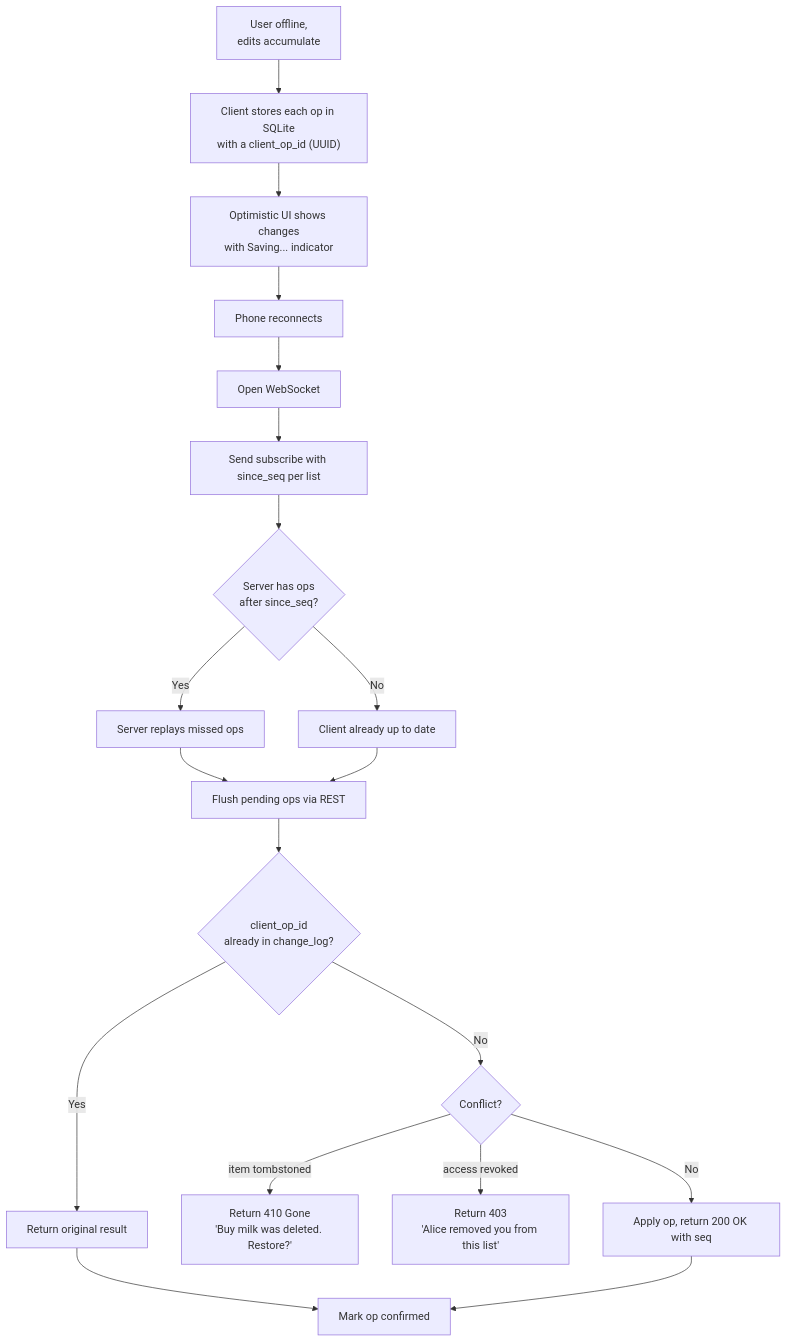
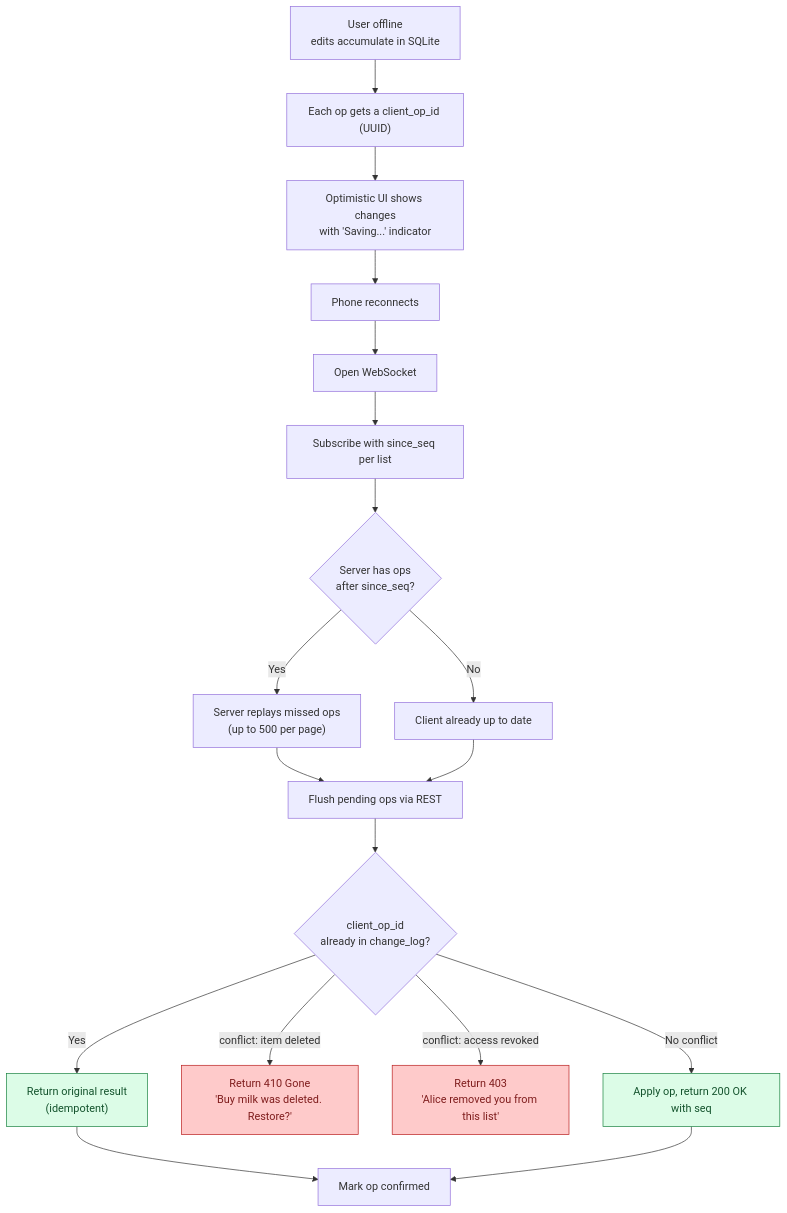
One commit to shiningflash/system-design changed the fourth of 5 diagrams in problems/013-todo-list-sharing/solution.md. Above: the diagram before and after it, drawn with Mermaid. The commit also changed other lines of this file and 37 other files, not shown here.

````diff
--- a/problems/013-todo-list-sharing/solution.md
+++ b/problems/013-todo-list-sharing/solution.md
@@ -430,21 +429,23 @@
 ```mermaid
 flowchart TD
-    A[User offline,<br/>edits accumulate] --> B["Client stores each op in SQLite<br/>with a client_op_id (UUID)"]
-    B --> C[Optimistic UI shows changes<br/>with Saving... indicator]
+    A["User offline<br/>edits accumulate in SQLite"] --> B["Each op gets a client_op_id (UUID)"]
+    B --> C["Optimistic UI shows changes<br/>with 'Saving...' indicator"]
     C --> D[Phone reconnects]
     D --> E[Open WebSocket]
-    E --> F["Send subscribe with since_seq per list"]
+    E --> F["Subscribe with since_seq per list"]
     F --> G{Server has ops<br/>after since_seq?}
-    G -->|Yes| H[Server replays missed ops]
+    G -->|Yes| H["Server replays missed ops<br/>(up to 500 per page)"]
     G -->|No| I[Client already up to date]
     H --> J[Flush pending ops via REST]
     I --> J
     J --> K{client_op_id<br/>already in change_log?}
-    K -->|Yes| L[Return original result]
-    K -->|No| M{Conflict?}
-    M -->|item tombstoned| N["Return 410 Gone<br/>'Buy milk was deleted. Restore?'"]
-    M -->|access revoked| O["Return 403<br/>'Alice removed you from this list'"]
-    M -->|No| P[Apply op, return 200 OK with seq]
-    L --> Q[Mark op confirmed]
-    P --> Q
+    K -->|Yes| L["Return original result<br/>(idempotent)"]:::ok
+    K -->|conflict: item deleted| M["Return 410 Gone<br/>'Buy milk was deleted. Restore?'"]:::bad
+    K -->|conflict: access revoked| N["Return 403<br/>'Alice removed you from this list'"]:::bad
+    K -->|No conflict| O["Apply op, return 200 OK with seq"]:::ok
+    L --> P[Mark op confirmed]
+    O --> P
+
+    classDef ok  fill:#dcfce7,stroke:#15803d,color:#14532d
+    classDef bad fill:#fecaca,stroke:#b91c1c,color:#7f1d1d
 ```
````
